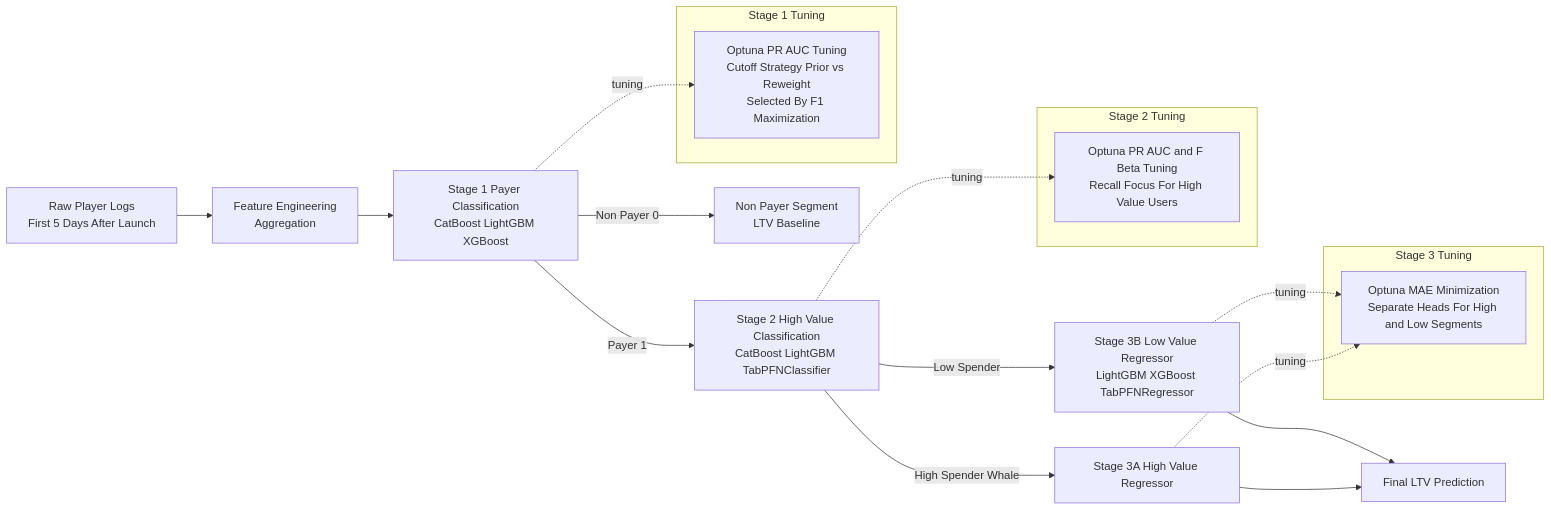
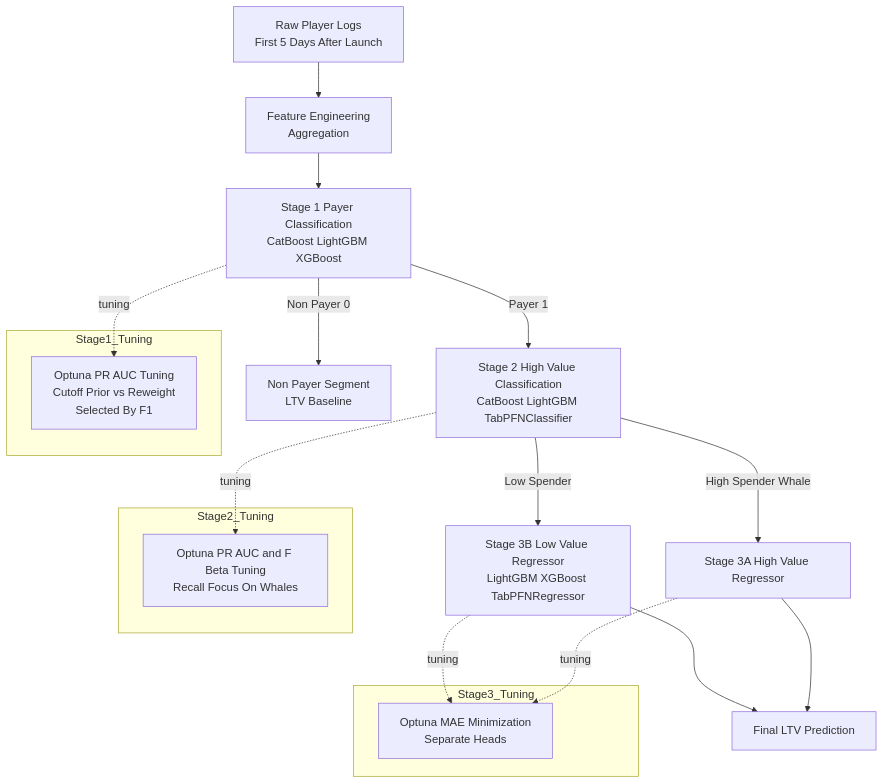
The diagram in README.md (happysandwich0/2025-LTV-3stage), drawn with Mermaid before and after one commit. The commit also changed other lines of this file, not shown here.

````diff
--- a/README.md
+++ b/README.md
@@ -36,36 +36,42 @@
 ```mermaid
-flowchart LR
-    %% Direction
-    A[Raw Player Logs<br/>First 5 Days After Launch] --> B[Feature Engineering<br/>Aggregation]
+flowchart TD
+    A[Raw Player Logs<br/>First 5 Days After Launch]
+    B[Feature Engineering<br/>Aggregation]
+    A --> B
 
     %% Stage 1
-    B --> S1[Stage 1 Payer Classification<br/>CatBoost LightGBM XGBoost]
-    S1 -->|Non Payer 0| NP[Non Payer Segment<br/>LTV Baseline]
-    S1 -->|Payer 1| S2[Stage 2 High Value Classification<br/>CatBoost LightGBM TabPFNClassifier]
+    S1[Stage 1 Payer Classification<br/>CatBoost LightGBM XGBoost]
+    B --> S1
+    NP[Non Payer Segment<br/>LTV Baseline]
+    S2[Stage 2 High Value Classification<br/>CatBoost LightGBM TabPFNClassifier]
+    S1 -->|Non Payer 0| NP
+    S1 -->|Payer 1| S2
 
     %% Stage 2
-    S2 -->|Low Spender| R_low[Stage 3B Low Value Regressor<br/>LightGBM XGBoost TabPFNRegressor]
-    S2 -->|High Spender Whale| R_high[Stage 3A High Value Regressor]
+    R_low[Stage 3B Low Value Regressor<br/>LightGBM XGBoost TabPFNRegressor]
+    R_high[Stage 3A High Value Regressor]
+    S2 -->|Low Spender| R_low
+    S2 -->|High Spender Whale| R_high
 
     %% Final Output
-    R_low --> OUT[Final LTV Prediction]
+    OUT[Final LTV Prediction]
+    R_low --> OUT
     R_high --> OUT
 
-    %% Optimization Notes
-    subgraph STAGE1[Stage 1 Tuning]
-        T1[Optuna PR AUC Tuning<br/>Cutoff Strategy Prior vs Reweight<br/>Selected By F1 Maximization]
+    %% Tuning
+    subgraph Stage1_Tuning
+        T1[Optuna PR AUC Tuning<br/>Cutoff Prior vs Reweight<br/>Selected By F1]
     end
-
-    subgraph STAGE2[Stage 2 Tuning]
-        T2[Optuna PR AUC and F Beta Tuning<br/>Recall Focus For High Value Users]
+    subgraph Stage2_Tuning
+        T2[Optuna PR AUC and F Beta Tuning<br/>Recall Focus On Whales]
     end
-
-    subgraph STAGE3[Stage 3 Tuning]
-        T3[Optuna MAE Minimization<br/>Separate Heads For High and Low Segments]
+    subgraph Stage3_Tuning
+        T3[Optuna MAE Minimization<br/>Separate Heads]
     end
 
     S1 -. tuning .-> T1
     S2 -. tuning .-> T2
     R_low -. tuning .-> T3
     R_high -. tuning .-> T3
+
 ```
````
